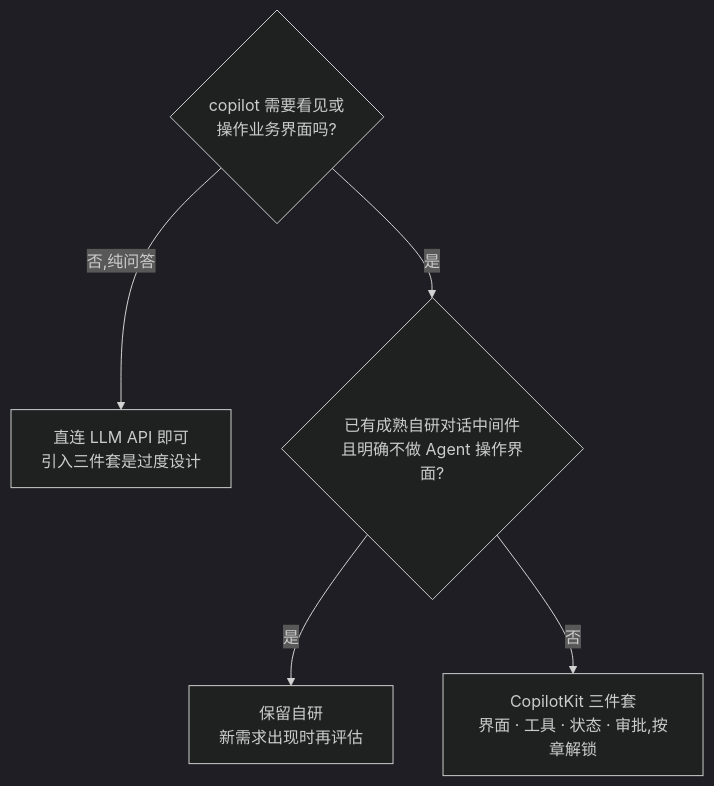
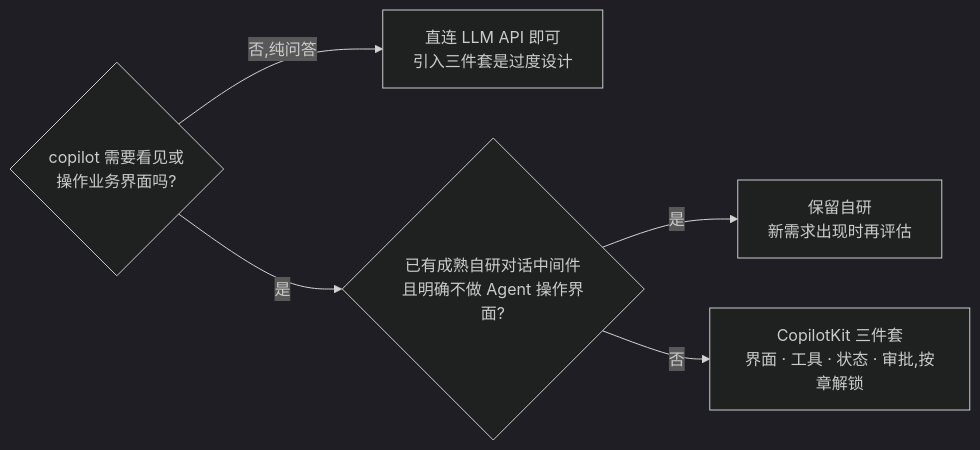
Before and after one commit to ybak/ai-tutorial: the seventh of 7 diagrams in books/copilotkit/chapters/01-overview.md, drawn with Mermaid (dark theme). The commit also changed other lines of this file and 7 other files, not shown here.

First line of the commit message:
docs(copilotkit): 图文密度优化——全书增补 35 张文内 mermaid 图

````diff
--- a/books/copilotkit/chapters/01-overview.md
+++ b/books/copilotkit/chapters/01-overview.md
@@ -440,7 +448,7 @@
 ```mermaid
-flowchart TD
+flowchart LR
     A{"copilot 需要看见或<br/>操作业务界面吗?"} -->|"否,纯问答"| B["直连 LLM API 即可<br/>引入三件套是过度设计"]
     A -->|"是"| C{"已有成熟自研对话中间件<br/>且明确不做 Agent 操作界面?"}
     C -->|"是"| D["保留自研<br/>新需求出现时再评估"]
     C -->|"否"| E["CopilotKit 三件套<br/>界面 · 工具 · 状态 · 审批,按章解锁"]
 ```
````
